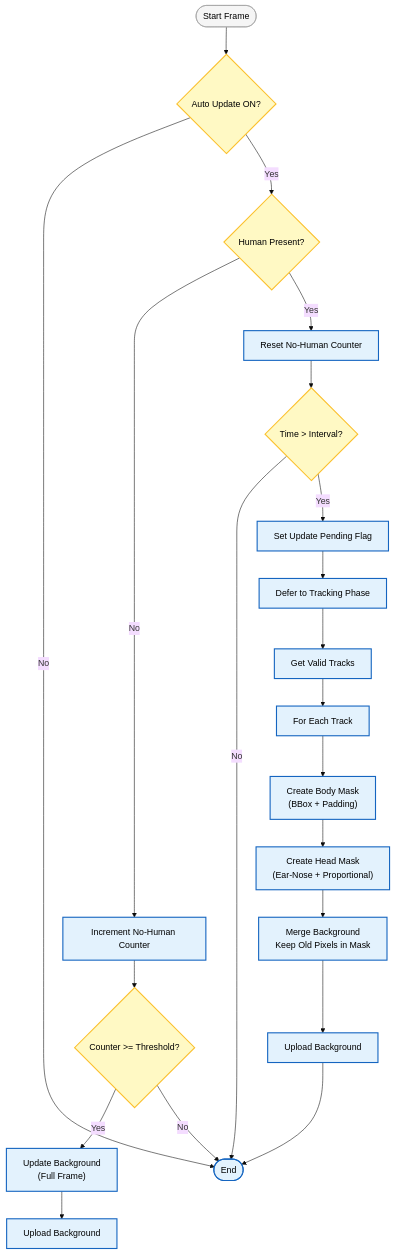
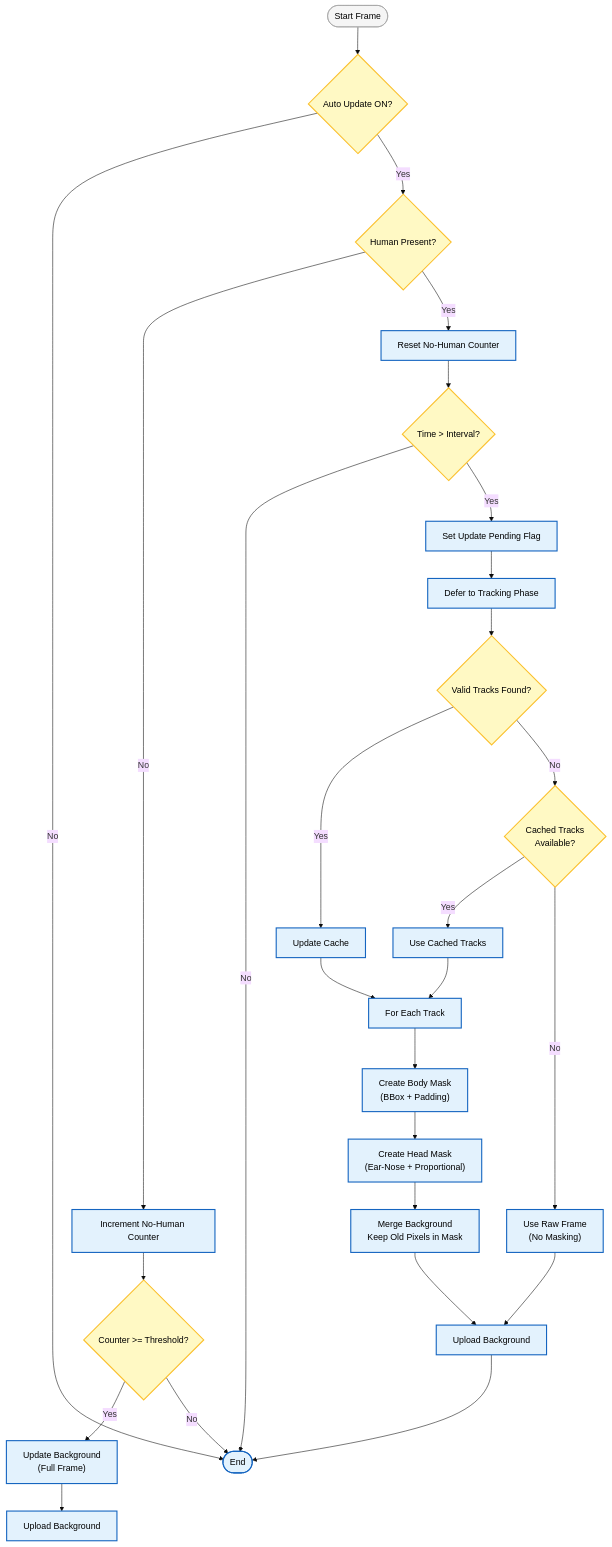
The sixth of 6 diagrams in README.md (yudhisthereal/Private-Surveillence-MaixCAM), drawn with Mermaid (base theme) before and after one commit.

Commit message:
docs: Update diagram to illustrate track caching for selective bg update.

````diff
--- a/README.md
+++ b/README.md
@@ -839,34 +839,44 @@
 ```mermaid
 flowchart TD
     Start([Start Frame]) --> CheckFlag{"Auto Update ON?"}
     CheckFlag -- No --> End([End])
     CheckFlag -- Yes --> Detect{"Human Present?"}
 
     Detect -- No --> IncCounter[Increment No-Human Counter]
     IncCounter --> CheckCount{"Counter >= Threshold?"}
     CheckCount -- Yes --> UpdateImmediate["Update Background<br/>(Full Frame)"]
     UpdateImmediate --> Upload1[Upload Background]
     CheckCount -- No --> End
 
     Detect -- Yes --> ResetCounter[Reset No-Human Counter]
     ResetCounter --> CheckTimer{"Time > Interval?"}
     CheckTimer -- No --> End
     CheckTimer -- Yes --> SetFlag[Set Update Pending Flag]
     SetFlag --> Defer[Defer to Tracking Phase]
 
-    Defer --> GetTracks[Get Valid Tracks]
-    GetTracks --> TrackLoop[For Each Track]
+    Defer --> GetTracks{"Valid Tracks Found?"}
+    
+    GetTracks -- Yes --> UpdateCache[Update Cache]
+    UpdateCache --> TrackLoop[For Each Track]
+    
+    GetTracks -- No --> CheckCache{"Cached Tracks<br/>Available?"}
+    CheckCache -- Yes --> UseCache[Use Cached Tracks]
+    UseCache --> TrackLoop
+    
+    CheckCache -- No --> NoMask["Use Raw Frame<br/>(No Masking)"]
+    NoMask --> Upload2
+
     TrackLoop --> MaskBody["Create Body Mask<br/>(BBox + Padding)"]
     MaskBody --> MaskHead["Create Head Mask<br/>(Ear-Nose + Proportional)"]
     MaskHead --> Merge["Merge Background<br/>Keep Old Pixels in Mask"]
     Merge --> Upload2[Upload Background]
     Upload2 --> End
 
     classDef process fill:#e3f2fd,stroke:#1565c0,stroke-width:2px,color:#000000
     classDef decision fill:#fff9c4,stroke:#fbc02d,stroke-width:2px,color:#000000
     classDef endnode fill:#f5f5f5,stroke:#9e9e9e,stroke-width:1px,color:#000000
 
     class Start,End,End2 endnode
-    class CheckFlag,Detect,CheckCount,CheckTimer decision
-    class IncCounter,UpdateImmediate,Upload1,ResetCounter,SetFlag,Defer,GetTracks,TrackLoop,MaskBody,MaskHead,Merge,Upload2,End process
+    class CheckFlag,Detect,CheckCount,CheckTimer,GetTracks,CheckCache decision
+    class IncCounter,UpdateImmediate,Upload1,ResetCounter,SetFlag,Defer,UpdateCache,UseCache,NoMask,TrackLoop,MaskBody,MaskHead,Merge,Upload2,End process
 ```
````
